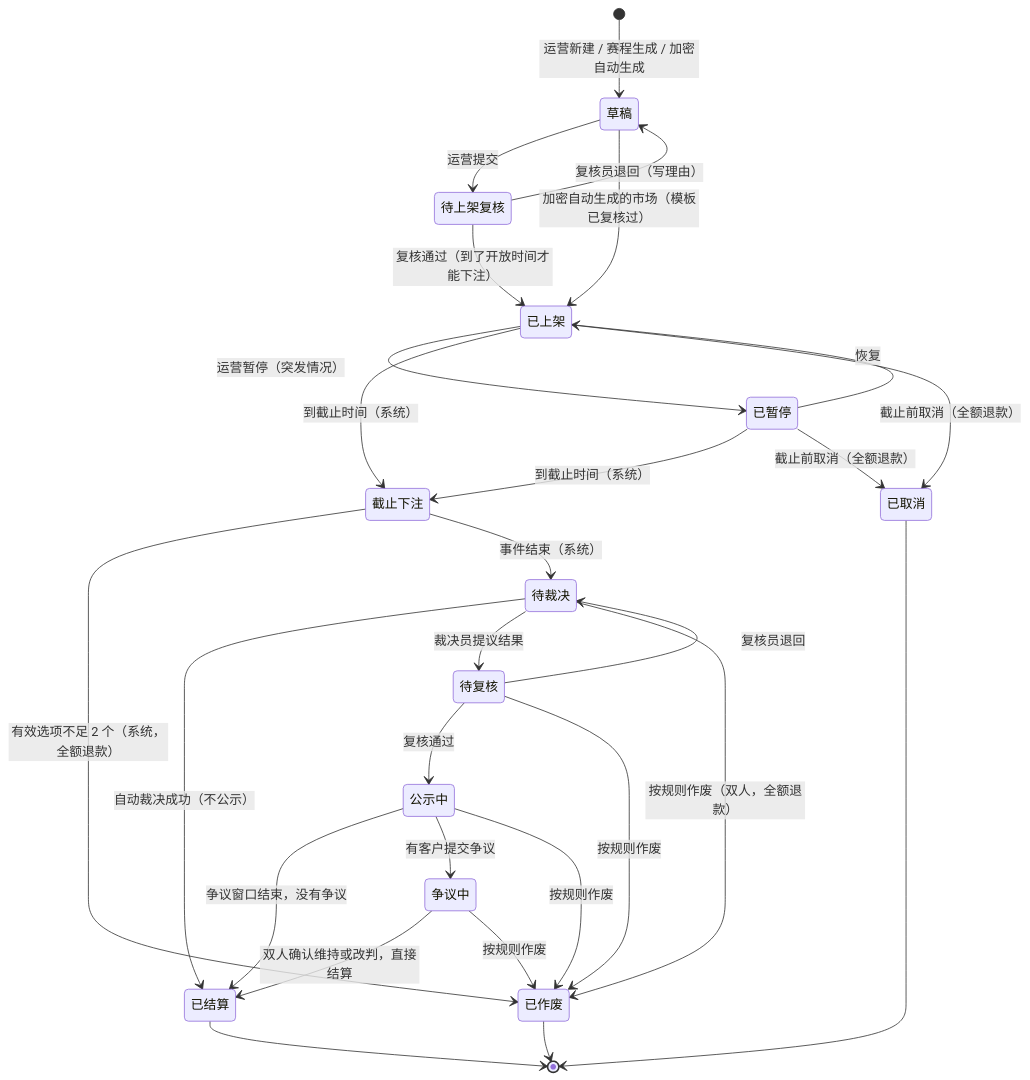
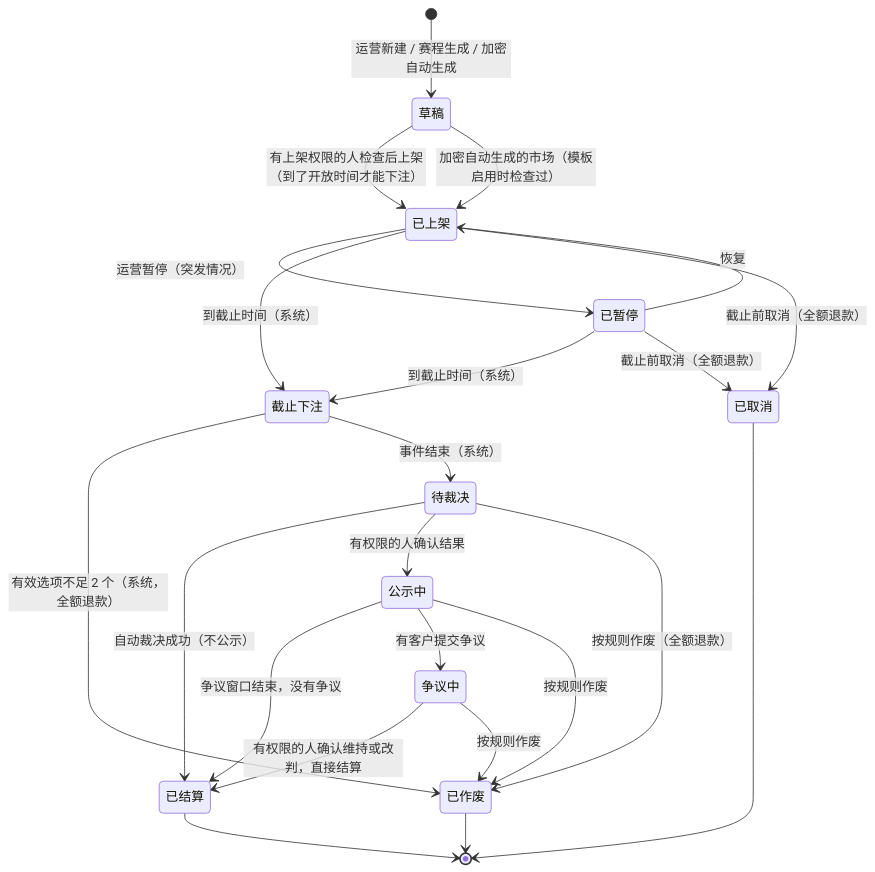
Before and after one commit to dollar3651314/forecast: the second of 5 diagrams in 需求文档/v1-需求说明书.md, drawn with Mermaid. The commit also changed other lines of this file and 6 other files, not shown here.

````diff
--- a/需求文档/v1-需求说明书.md
+++ b/需求文档/v1-需求说明书.md
@@ -180,30 +189,25 @@
 ```mermaid
 stateDiagram-v2
     [*] --> 草稿: 运营新建 / 赛程生成 / 加密自动生成
-    草稿 --> 待上架复核: 运营提交
-    待上架复核 --> 草稿: 复核员退回（写理由）
-    待上架复核 --> 已上架: 复核通过（到了开放时间才能下注）
-    草稿 --> 已上架: 加密自动生成的市场（模板已复核过）
+    草稿 --> 已上架: 有上架权限的人检查后上架（到了开放时间才能下注）
+    草稿 --> 已上架: 加密自动生成的市场（模板启用时检查过）
     已上架 --> 已暂停: 运营暂停（突发情况）
     已暂停 --> 已上架: 恢复
     已上架 --> 截止下注: 到截止时间（系统）
     已暂停 --> 截止下注: 到截止时间（系统）
     已上架 --> 已取消: 截止前取消（全额退款）
     已暂停 --> 已取消: 截止前取消（全额退款）
     截止下注 --> 已作废: 有效选项不足 2 个（系统，全额退款）
     截止下注 --> 待裁决: 事件结束（系统）
     待裁决 --> 已结算: 自动裁决成功（不公示）
-    待裁决 --> 待复核: 裁决员提议结果
-    待复核 --> 待裁决: 复核员退回
-    待复核 --> 公示中: 复核通过
+    待裁决 --> 公示中: 有权限的人确认结果
     公示中 --> 已结算: 争议窗口结束，没有争议
     公示中 --> 争议中: 有客户提交争议
-    争议中 --> 已结算: 双人确认维持或改判，直接结算
-    待裁决 --> 已作废: 按规则作废（双人，全额退款）
-    待复核 --> 已作废: 按规则作废
+    争议中 --> 已结算: 有权限的人确认维持或改判，直接结算
+    待裁决 --> 已作废: 按规则作废（全额退款）
     公示中 --> 已作废: 按规则作废
     争议中 --> 已作废: 按规则作废
     已结算 --> [*]
     已取消 --> [*]
     已作废 --> [*]
 ```
````
